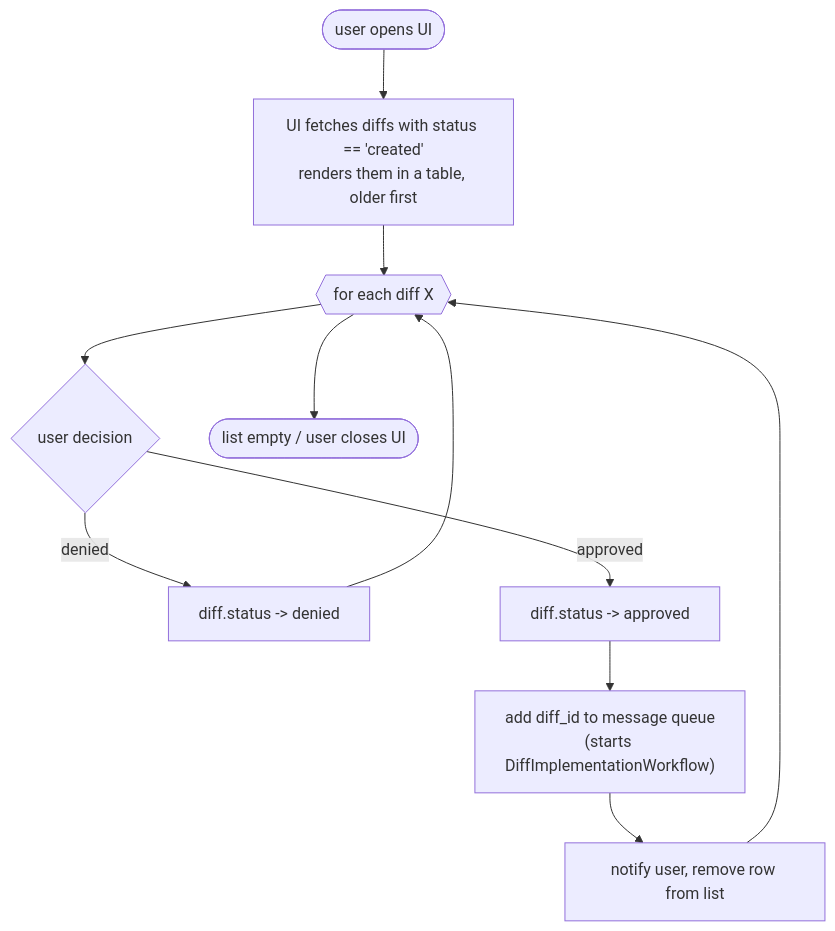
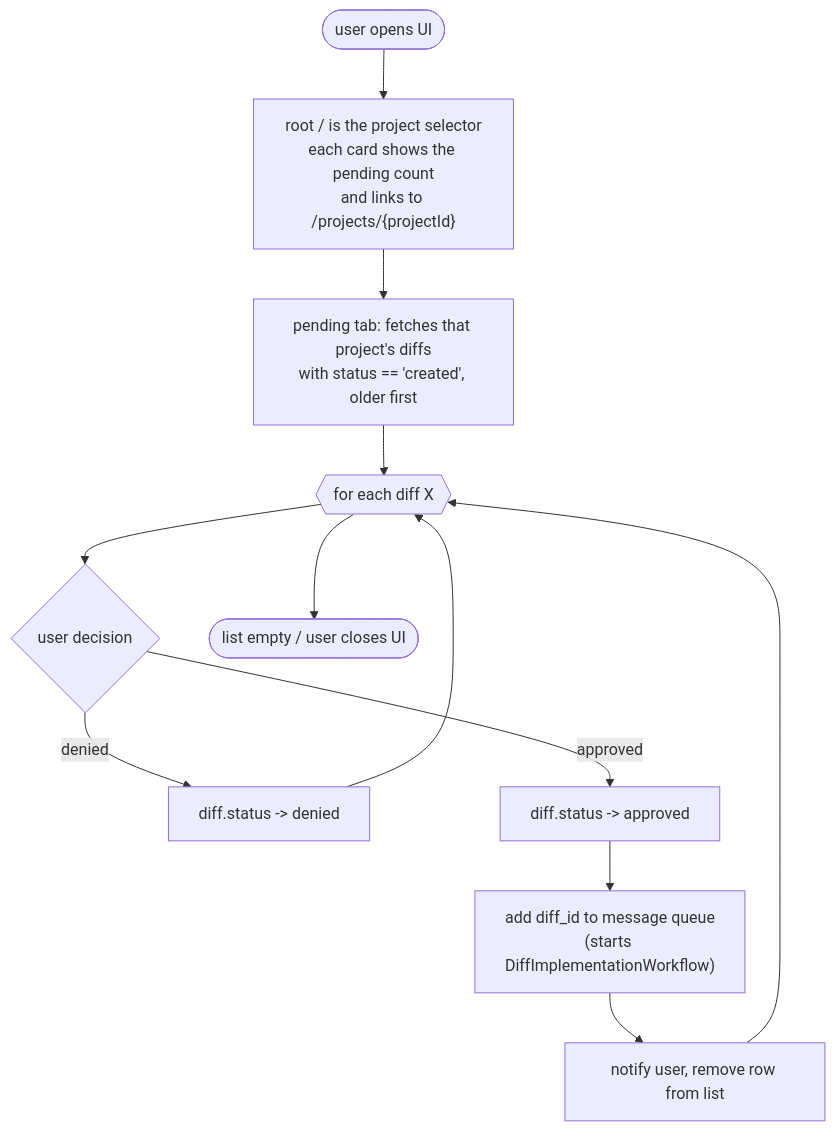
One commit to menuRivera/copycat changed the diagram in flows/user-flow.md. Above: the diagram before and after it, drawn with Mermaid. The commit also changed other lines of this file and 7 other files, not shown here.

````diff
--- a/flows/user-flow.md
+++ b/flows/user-flow.md
@@ -3,13 +3,14 @@
 ```mermaid
 flowchart TD
-    A([user opens UI]) --> B["UI fetches diffs with status == 'created'<br/>renders them in a table, older first"]
+    A([user opens UI]) --> P["root / is the project selector<br/>each card shows the pending count<br/>and links to /projects/{projectId}"]
+    P --> B["pending tab: fetches that project's diffs<br/>with status == 'created', older first"]
     B --> C{{"for each diff X"}}
     C --> D{"user decision"}
     D -- denied --> E["diff.status -> denied"]
     D -- approved --> F["diff.status -> approved"]
     F --> G["add diff_id to message queue<br/>(starts DiffImplementationWorkflow)"]
     G --> H["notify user, remove row from list"]
     E --> C
     H --> C
     C --> I([list empty / user closes UI])
 ```
````
